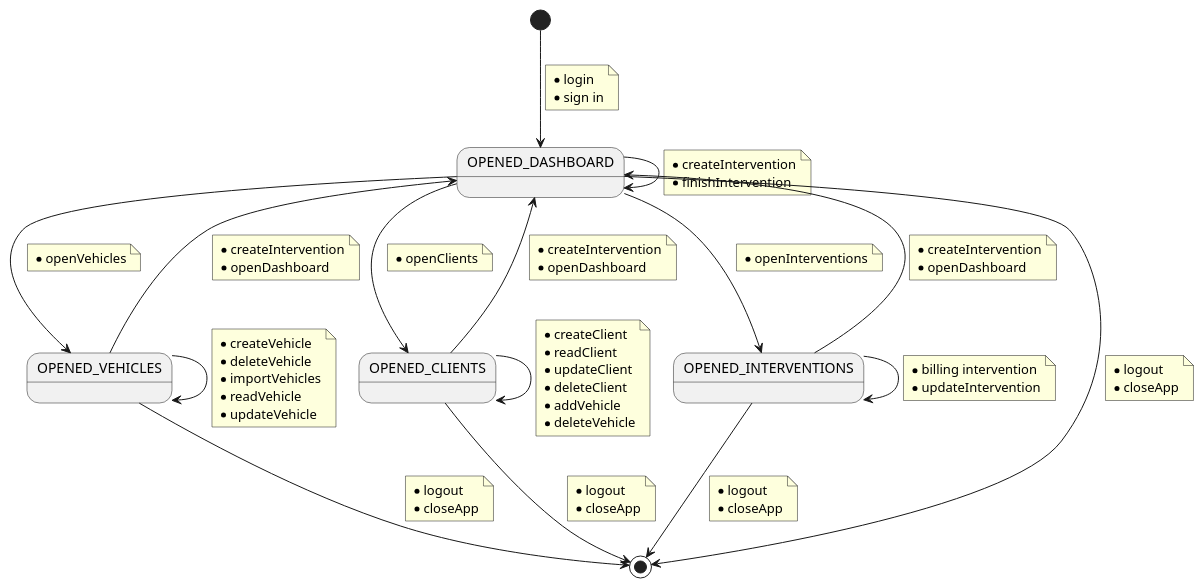
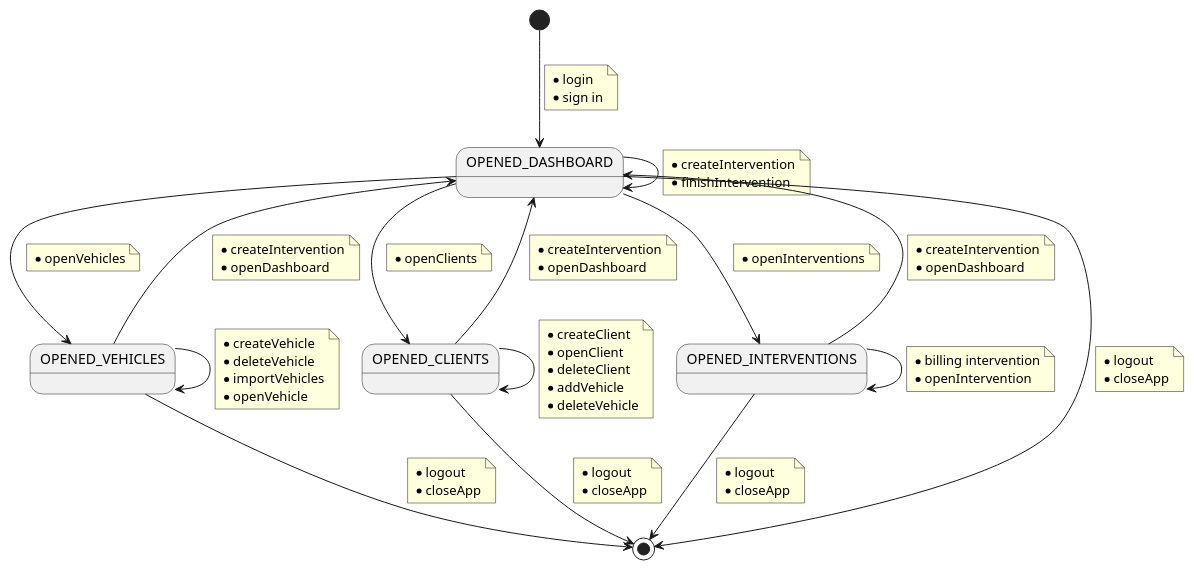
One commit to Ruskab/agrimManager changed the diagram in documentation/requiremets/contextDiagram/puml/contextDiagram.puml. Above: the diagram before and after it, drawn with PlantUML. The commit also changed 31 other files, not shown here.

```diff
--- a/documentation/requiremets/contextDiagram/puml/contextDiagram.puml
+++ b/documentation/requiremets/contextDiagram/puml/contextDiagram.puml
@@ -1,87 +1,85 @@
 @startuml
 [*] --> OPENED_DASHBOARD
  note on link
     * login
     * sign in
  end note
 OPENED_DASHBOARD --> OPENED_VEHICLES
     note on link
         * openVehicles
     end note
 OPENED_DASHBOARD --> OPENED_DASHBOARD
     note on link
         * createIntervention
         * finishIntervention
     end note
 
 OPENED_VEHICLES --> OPENED_VEHICLES
     note on link
         * createVehicle
         * deleteVehicle
         * importVehicles
-        * readVehicle
-        * updateVehicle
+        * openVehicle
     end note
 OPENED_VEHICLES --> OPENED_DASHBOARD
     note on link
     * createIntervention
     * openDashboard
     end note
 
 
 OPENED_DASHBOARD --> OPENED_CLIENTS
     note on link
         * openClients
     end note
 OPENED_CLIENTS --> OPENED_CLIENTS
     note on link
     * createClient
-    * readClient
-    * updateClient
+    * openClient
     * deleteClient
     * addVehicle
     * deleteVehicle
     end note
 OPENED_CLIENTS --> OPENED_DASHBOARD
     note on link
     * createIntervention
     * openDashboard
     end note
 
 
 OPENED_DASHBOARD --> OPENED_INTERVENTIONS
     note on link
         * openInterventions
     end note
 OPENED_INTERVENTIONS --> OPENED_INTERVENTIONS
     note on link
         * billing intervention
-        * updateIntervention
+        * openIntervention
     end note
 OPENED_INTERVENTIONS --> OPENED_DASHBOARD
     note on link
     * createIntervention
     * openDashboard
     end note
 
 OPENED_DASHBOARD --> [*]
     note on link
     * logout
     * closeApp
     end note
 OPENED_VEHICLES --> [*]
     note on link
     * logout
     * closeApp
     end note
 OPENED_CLIENTS --> [*]
     note on link
     * logout
     * closeApp
     end note
 OPENED_INTERVENTIONS --> [*]
     note on link
     * logout
     * closeApp
     end note
 @enduml
```
